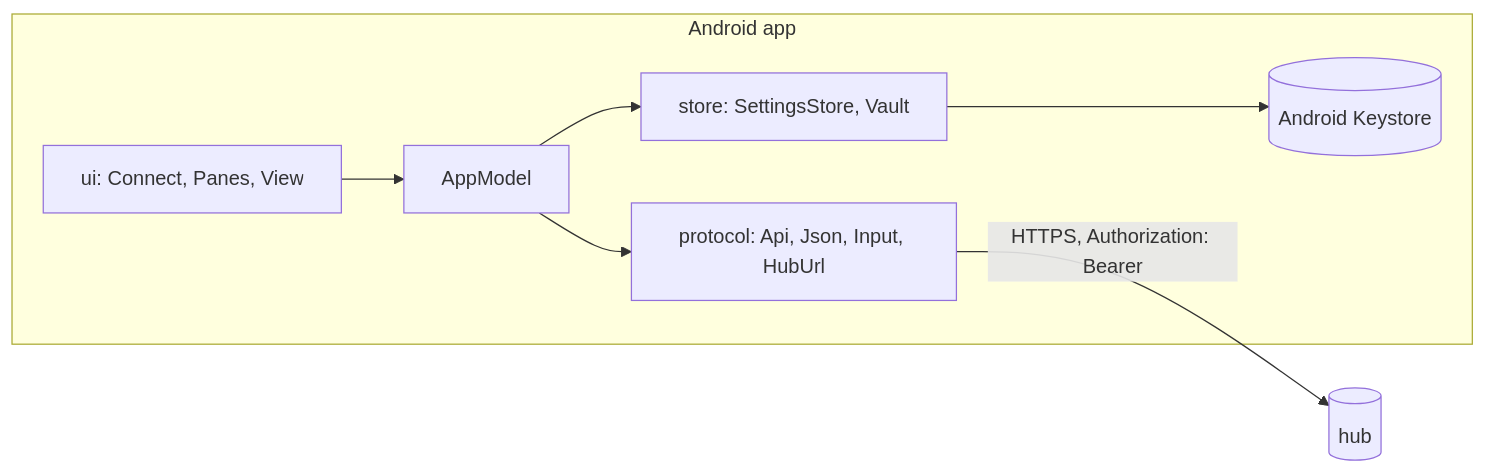
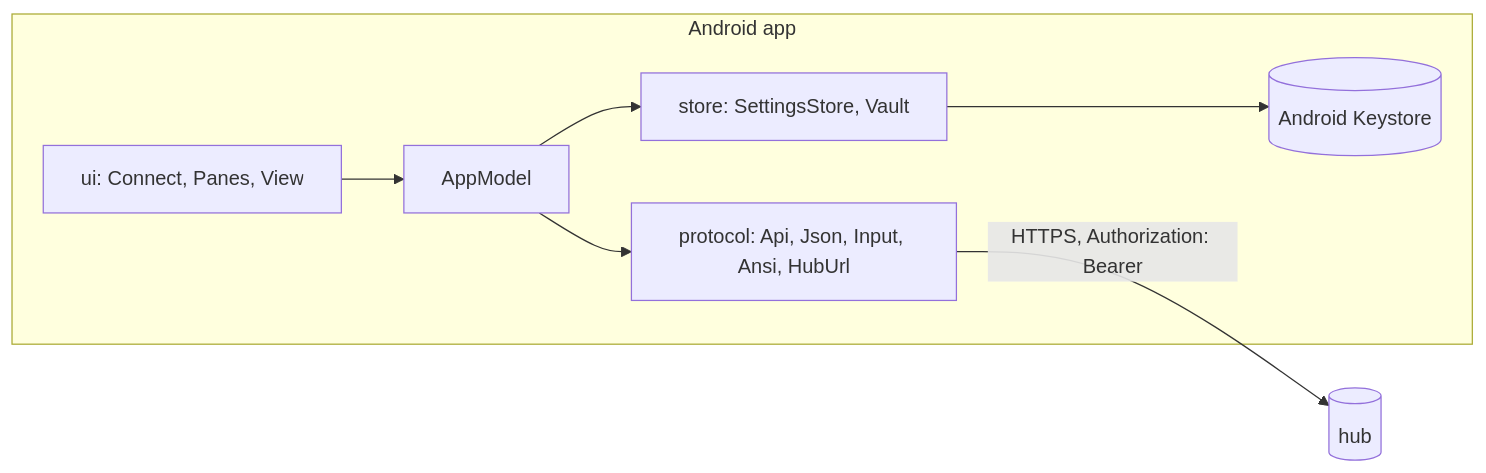
Before and after one commit to notmarkopadjen/muxway-android: the first of 4 diagrams in docs/ARCHITECTURE.md, drawn with Mermaid. The commit also changed other lines of this file and 4 other files, not shown here.

````diff
--- a/docs/ARCHITECTURE.md
+++ b/docs/ARCHITECTURE.md
@@ -9,10 +9,10 @@
 ```mermaid
 flowchart LR
     subgraph app[Android app]
         UI[ui: Connect, Panes, View] --> M[AppModel]
-        M --> P[protocol: Api, Json, Input, HubUrl]
+        M --> P[protocol: Api, Json, Input, Ansi, HubUrl]
         M --> S[store: SettingsStore, Vault]
         S --> KS[(Android Keystore)]
     end
     P -- "HTTPS, Authorization: Bearer" --> H[(hub)]
 ```
````
